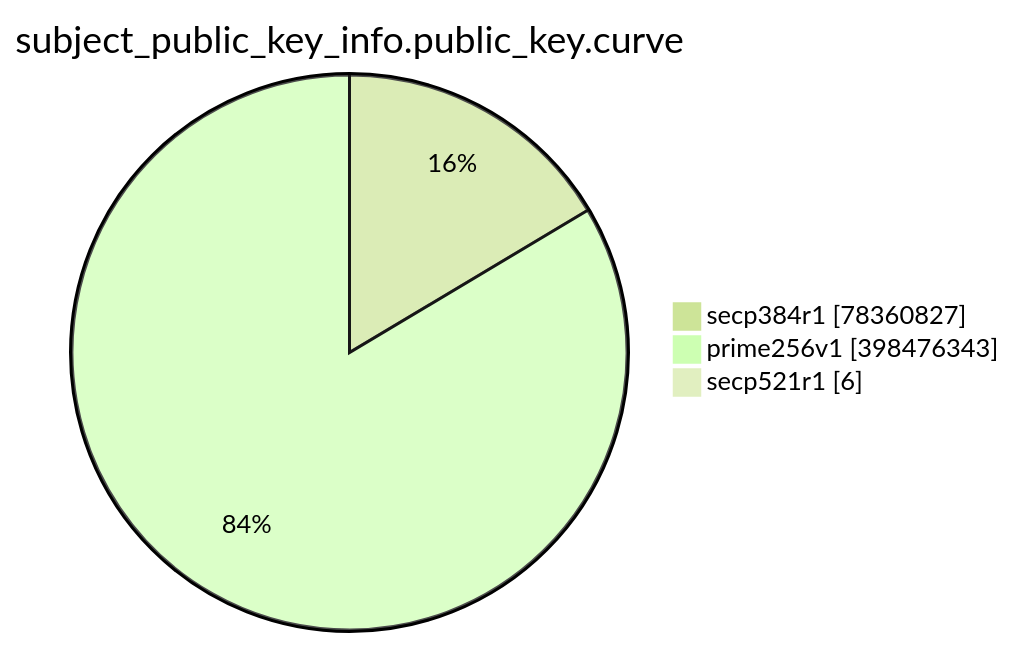
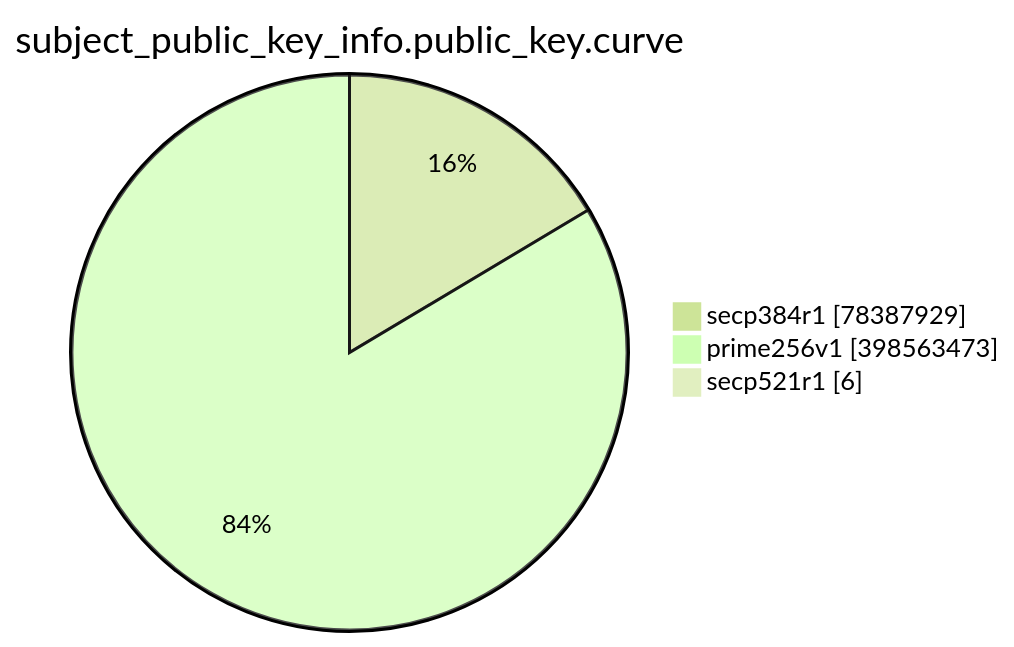
Before and after one commit to christiankrug/ctmonitor_visualization: the eighth of 15 diagrams in TOTAL/README.md, drawn with Mermaid (forest theme). The commit also changed other lines of this file, not shown here.

````diff
--- a/TOTAL/README.md
+++ b/TOTAL/README.md
@@ -3095,7 +3095,7 @@
 ```mermaid
 pie showData
 title subject_public_key_info.public_key.curve
-"secp384r1" :78360827
-"prime256v1" :398476343
+"secp384r1" :78387929
+"prime256v1" :398563473
 "secp521r1" :6
 ```
````
